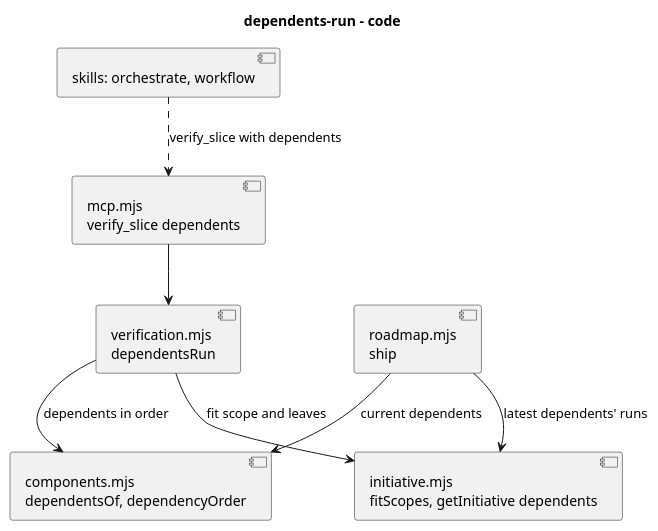
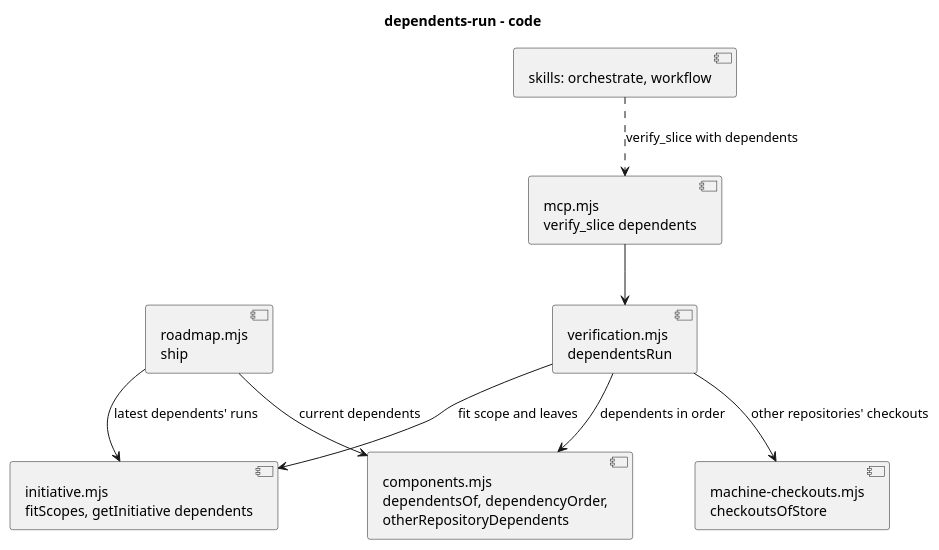
The diagram in docs/plans/components/dependents-run/code.puml (RumyantsevMichael/Prism), drawn with PlantUML before and after one commit. The commit also changed 16 other files, not shown here.

```diff
--- a/docs/plans/components/dependents-run/code.puml
+++ b/docs/plans/components/dependents-run/code.puml
@@ -1,15 +1,17 @@
 @startuml
 title dependents-run - code
 component "verification.mjs\ndependentsRun" as Run
-component "components.mjs\ndependentsOf, dependencyOrder" as Components
+component "components.mjs\ndependentsOf, dependencyOrder,\notherRepositoryDependents" as Components
+component "machine-checkouts.mjs\ncheckoutsOfStore" as Checkouts
 component "initiative.mjs\nfitScopes, getInitiative dependents" as Initiative
 component "roadmap.mjs\nship" as Roadmap
 component "mcp.mjs\nverify_slice dependents" as Mcp
 component "skills: orchestrate, workflow" as Skills
 Run --> Components : dependents in order
 Run --> Initiative : fit scope and leaves
+Run --> Checkouts : other repositories' checkouts
 Roadmap --> Components : current dependents
 Roadmap --> Initiative : latest dependents' runs
 Mcp --> Run
 Skills ..> Mcp : verify_slice with dependents
 @enduml
```
